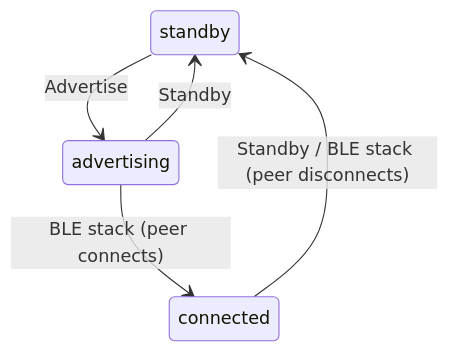
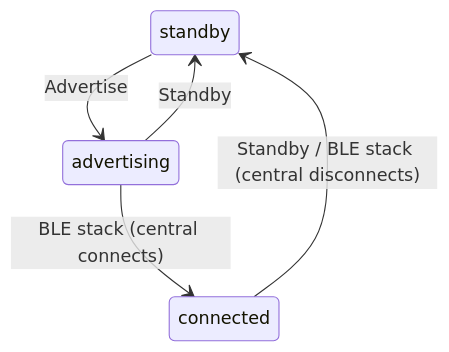
One commit to philips-software/amp-embedded-infra-lib changed the diagram in documents/modules/ROOT/partials/echoservices/gap_peripheral/GapPeripheral_state.mmd. Above: the diagram before and after it, drawn with Mermaid. The commit also changed 32 other files, not shown here.

Commit message:
apply feedback on gap uml diagrams

```diff
--- a/documents/modules/ROOT/partials/echoservices/gap_peripheral/GapPeripheral_state.mmd
+++ b/documents/modules/ROOT/partials/echoservices/gap_peripheral/GapPeripheral_state.mmd
@@ -1,5 +1,5 @@
 stateDiagram-v2
     standby --> advertising : Advertise
     advertising --> standby : Standby
-    connected --> standby : Standby / BLE stack (peer disconnects)
-    advertising --> connected : BLE stack (peer connects)
+    connected --> standby : Standby / BLE stack (central disconnects)
+    advertising --> connected : BLE stack (central connects)
```
